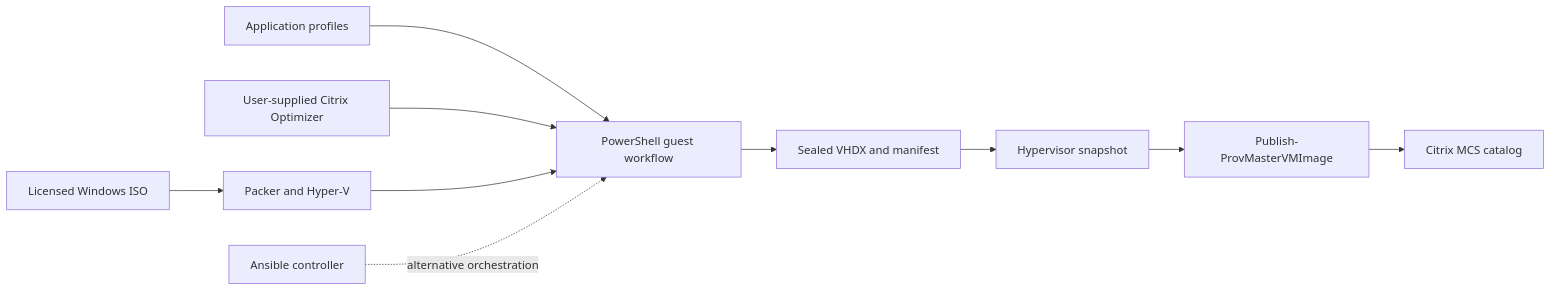
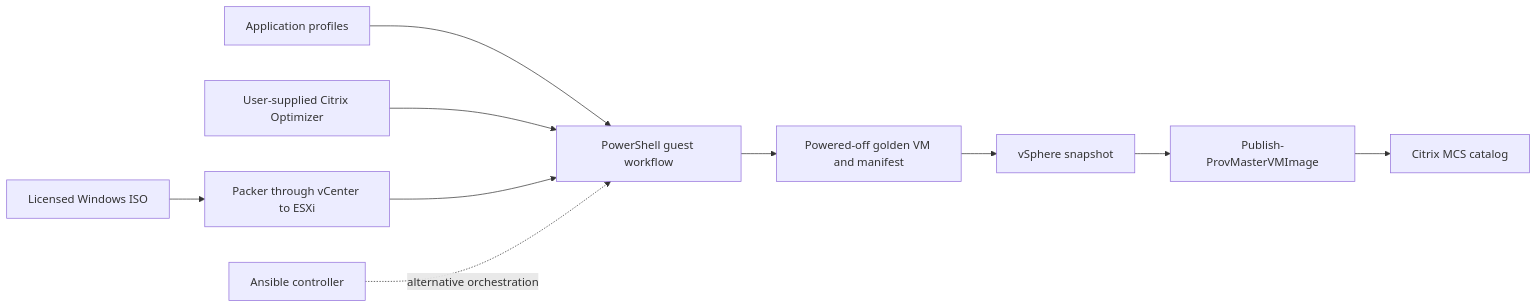
Before and after one commit to gandara-dev/vdi-image-factory: the diagram in docs/diagrams/architecture-overview.mmd, drawn with Mermaid. The commit also changed 27 other files, not shown here.

First line of the commit message:
feat: build the golden image on vCenter and ESXi instead of Hyper-V (#12)

```diff
--- a/docs/diagrams/architecture-overview.mmd
+++ b/docs/diagrams/architecture-overview.mmd
@@ -1,10 +1,10 @@
 graph LR
-    A["Licensed Windows ISO"] --> D["Packer and Hyper-V"]
+    A["Licensed Windows ISO"] --> D["Packer through vCenter to ESXi"]
     B["Application profiles"] --> E["PowerShell guest workflow"]
     C["User-supplied Citrix Optimizer"] --> E
     D --> E
     F["Ansible controller"] -. alternative orchestration .-> E
-    E --> G["Sealed VHDX and manifest"]
-    G --> H["Hypervisor snapshot"]
+    E --> G["Powered-off golden VM and manifest"]
+    G --> H["vSphere snapshot"]
     H --> I["Publish-ProvMasterVMImage"]
     I --> J["Citrix MCS catalog"]
```
